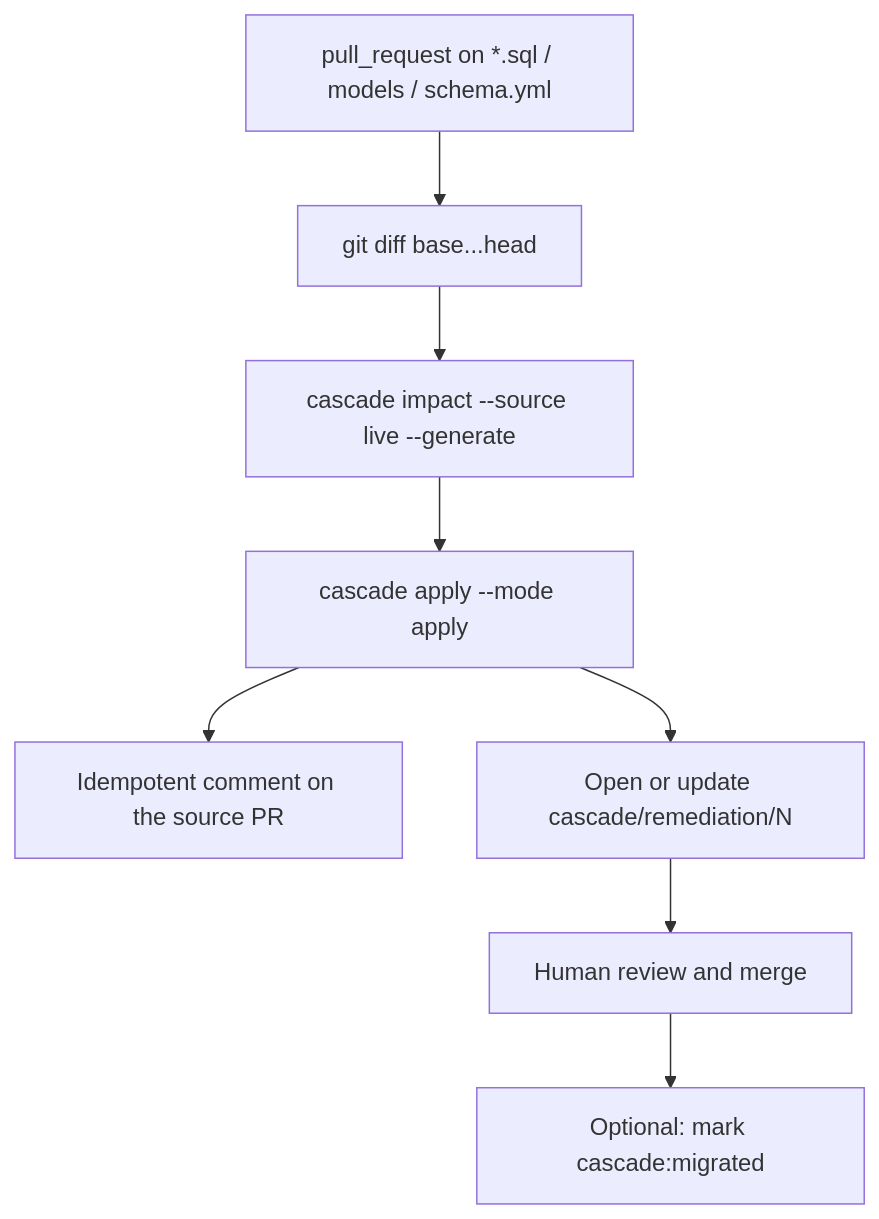
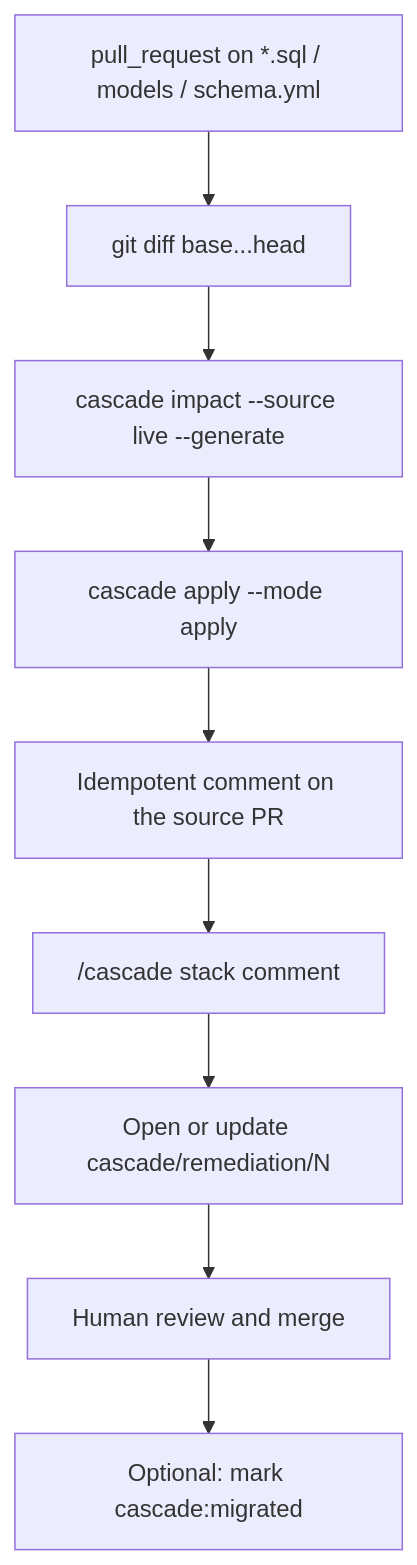
One commit to himxsh/Cascade changed the third of 3 diagrams in README.md. Above: the diagram before and after it, drawn with Mermaid. The commit also changed other lines of this file and 7 other files, not shown here.

````diff
--- a/README.md
+++ b/README.md
@@ -191,10 +203,11 @@
 ```mermaid
 flowchart TD
   PR[pull_request on *.sql / models / schema.yml] --> Diff[git diff base...head]
   Diff --> Impact["cascade impact --source live --generate"]
   Impact --> Apply["cascade apply --mode apply"]
   Apply --> Comment[Idempotent comment on the source PR]
-  Apply --> Branch["Open or update cascade/remediation/N"]
+  Comment --> Stack["/cascade stack comment"]
+  Stack --> Branch["Open or update cascade/remediation/N"]
   Branch --> Review[Human review and merge]
   Review --> Migrated[Optional: mark cascade:migrated]
 ```
````
